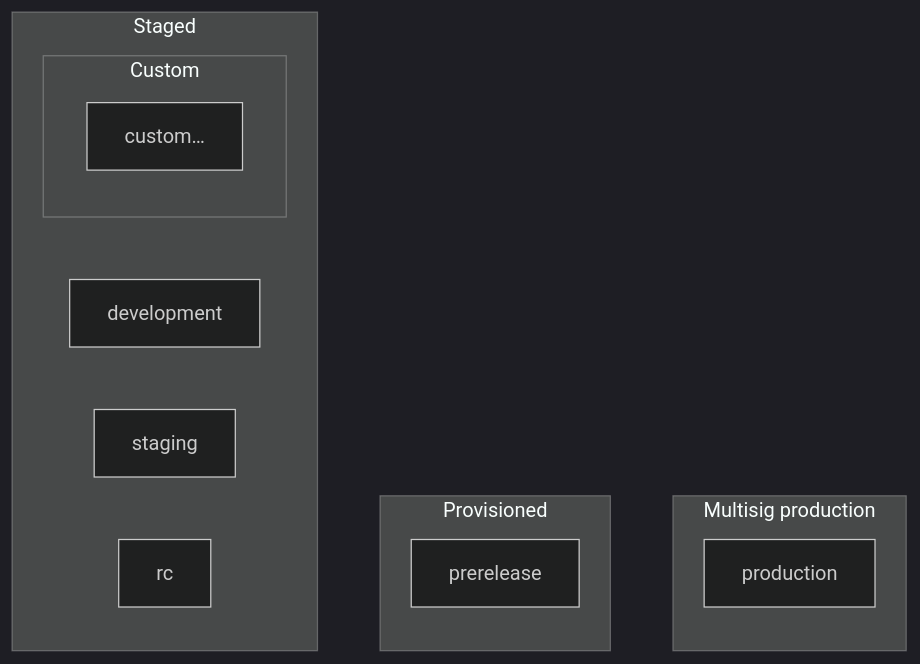
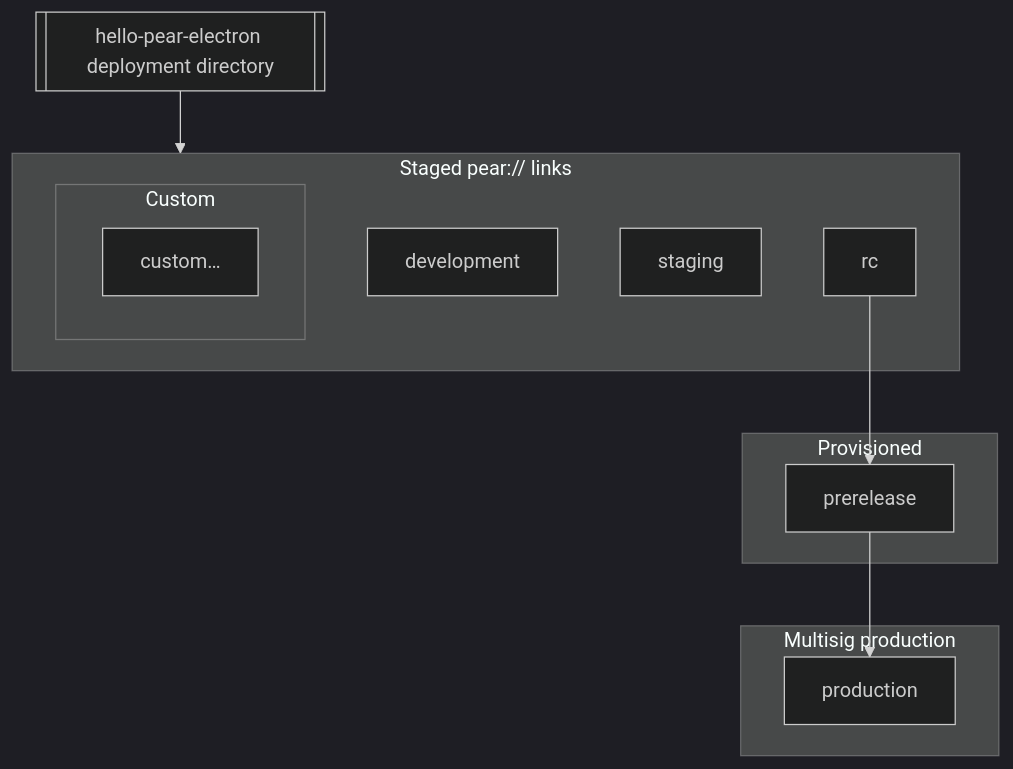
Before and after one commit to holepunchto/pear-docs: the ninth of 9 diagrams in content/explanation/release-pipeline.mdx, drawn with Mermaid (dark theme). The commit also changed other lines of this file and 532 other files, not shown here.

````diff
--- a/content/explanation/release-pipeline.mdx
+++ b/content/explanation/release-pipeline.mdx
@@ -204,22 +214,24 @@
 ```mermaid
-graph LR
-  subgraph STAGED[Staged]
+graph TB
+  HPE[[hello-pear-electron deployment directory]] --> STAGED
+
+  subgraph STAGED[Staged pear:// links]
     Dev[development]
     Stg[staging]
     RC[rc]
     subgraph CUSTOM[Custom]
       Cst[custom…]
     end
   end
 
   subgraph PROVISIONED[Provisioned]
     Pre[prerelease]
   end
 
   subgraph MULTISIGD[Multisig production]
     Prod[production]
   end
 
-  RC ~~~ Pre
-  Pre ~~~ Prod
+  RC --> Pre
+  Pre --> Prod
 ```
````
